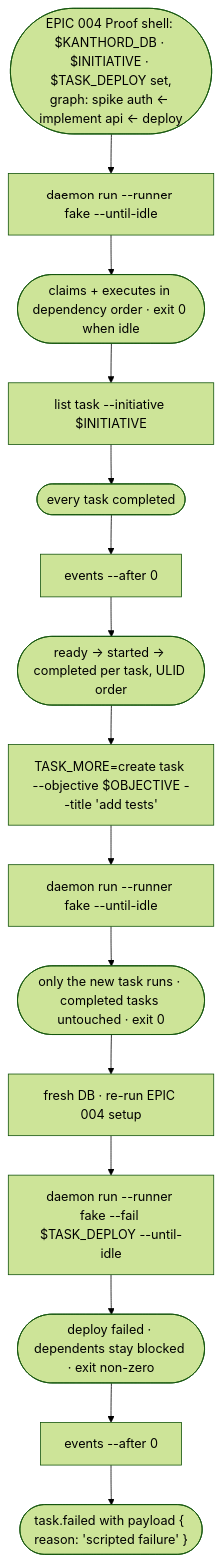
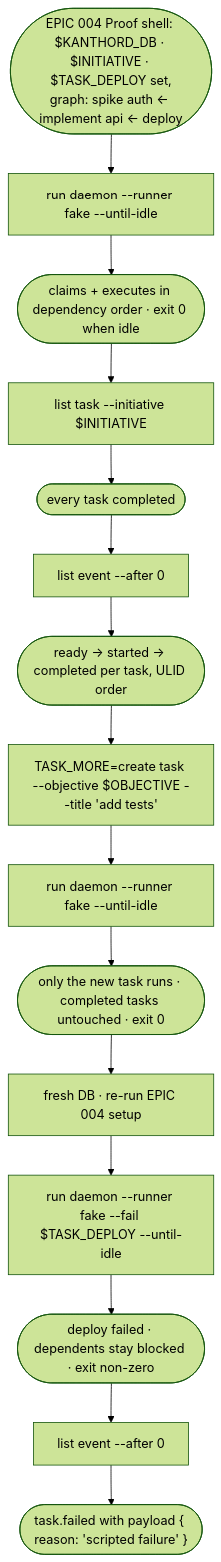
One commit to kanthorlabs/kanthord changed the second of 4 diagrams in docs/flowchart/005.md. Above: the diagram before and after it, drawn with Mermaid (forest theme). The commit also changed other lines of this file and 8 other files, not shown here.

First line of the commit message:
feat(epic-007.2): complete cutover — architecture test + delete legacy router

````diff
--- a/docs/flowchart/005.md
+++ b/docs/flowchart/005.md
@@ -99,17 +99,17 @@
 ```mermaid
 flowchart TD
-    START(["EPIC 004 Proof shell: $KANTHORD_DB · $INITIATIVE · $TASK_DEPLOY set,<br/>graph: spike auth ← implement api ← deploy"]) --> D1["daemon run --runner fake --until-idle"]
+    START(["EPIC 004 Proof shell: $KANTHORD_DB · $INITIATIVE · $TASK_DEPLOY set,<br/>graph: spike auth ← implement api ← deploy"]) --> D1["run daemon --runner fake --until-idle"]
     D1 --> D1O(["claims + executes in dependency order · exit 0 when idle"])
     D1O --> L1["list task --initiative $INITIATIVE"]
     L1 --> L1O(["every task completed"])
-    L1O --> EV["events --after 0"]
+    L1O --> EV["list event --after 0"]
     EV --> EVO(["ready → started → completed per task, ULID order"])
     EVO --> MORE["TASK_MORE=create task --objective $OBJECTIVE --title 'add tests'"]
-    MORE --> D2["daemon run --runner fake --until-idle"]
+    MORE --> D2["run daemon --runner fake --until-idle"]
     D2 --> D2O(["only the new task runs · completed tasks untouched · exit 0"])
     D2O --> FRESH["fresh DB · re-run EPIC 004 setup"]
-    FRESH --> D3["daemon run --runner fake --fail $TASK_DEPLOY --until-idle"]
+    FRESH --> D3["run daemon --runner fake --fail $TASK_DEPLOY --until-idle"]
     D3 --> D3O(["deploy failed · dependents stay blocked · exit non-zero"])
-    D3O --> EV2["events --after 0"]
+    D3O --> EV2["list event --after 0"]
     EV2 --> EV2O(["task.failed with payload { reason: 'scripted failure' }"])
 ```
````
